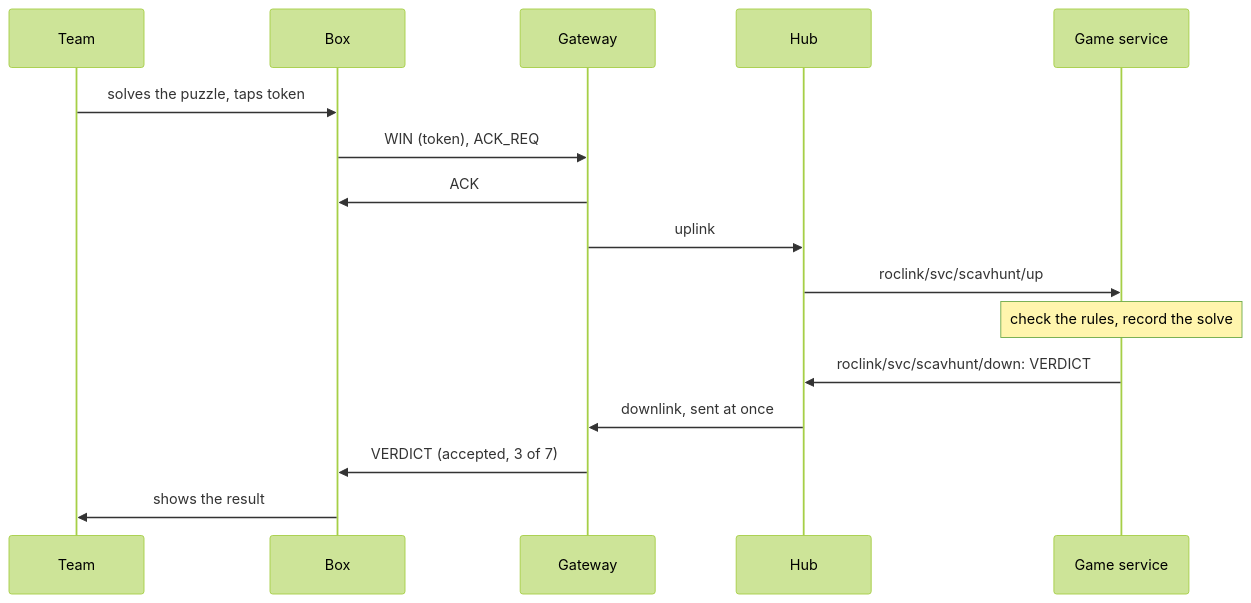
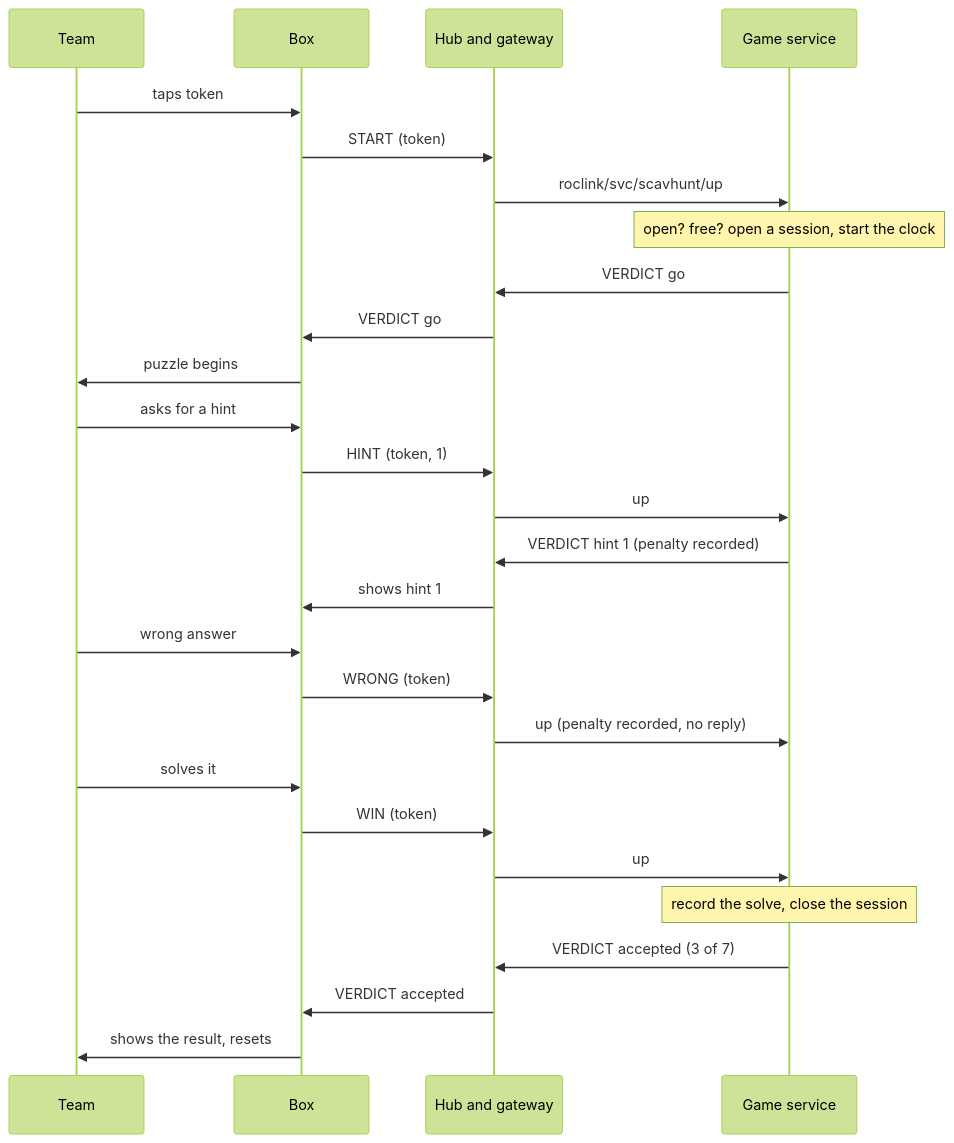
Before and after one commit to alienelephant/rocbotnet: the first of 5 diagrams in docs/GAME.md, drawn with Mermaid (forest theme). The commit also changed other lines of this file and 11 other files, not shown here.

````diff
--- a/docs/GAME.md
+++ b/docs/GAME.md
@@ -85,18 +124,29 @@
 ```mermaid
 sequenceDiagram
     participant P as Team
     participant X as Box
-    participant G as Gateway
-    participant H as Hub
+    participant H as Hub and gateway
     participant S as Game service
-    P->>X: solves the puzzle, taps token
-    X->>G: WIN (token), ACK_REQ
-    G->>X: ACK
-    G->>H: uplink
+    P->>X: taps token
+    X->>H: START (token)
     H->>S: roclink/svc/scavhunt/up
-    Note over S: check the rules, record the solve
-    S->>H: roclink/svc/scavhunt/down: VERDICT
-    H->>G: downlink, sent at once
-    G->>X: VERDICT (accepted, 3 of 7)
-    X->>P: shows the result
+    Note over S: open? free? open a session, start the clock
+    S->>H: VERDICT go
+    H->>X: VERDICT go
+    X->>P: puzzle begins
+    P->>X: asks for a hint
+    X->>H: HINT (token, 1)
+    H->>S: up
+    S->>H: VERDICT hint 1 (penalty recorded)
+    H->>X: shows hint 1
+    P->>X: wrong answer
+    X->>H: WRONG (token)
+    H->>S: up (penalty recorded, no reply)
+    P->>X: solves it
+    X->>H: WIN (token)
+    H->>S: up
+    Note over S: record the solve, close the session
+    S->>H: VERDICT accepted (3 of 7)
+    H->>X: VERDICT accepted
+    X->>P: shows the result, resets
 ```
````
